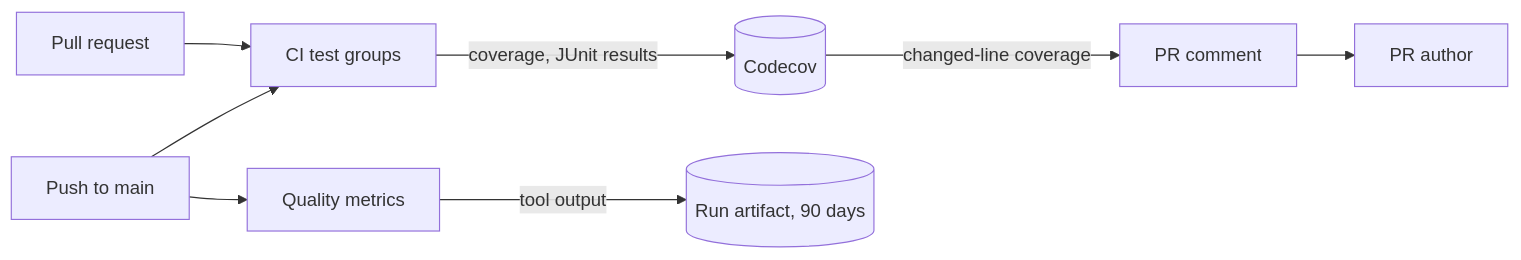
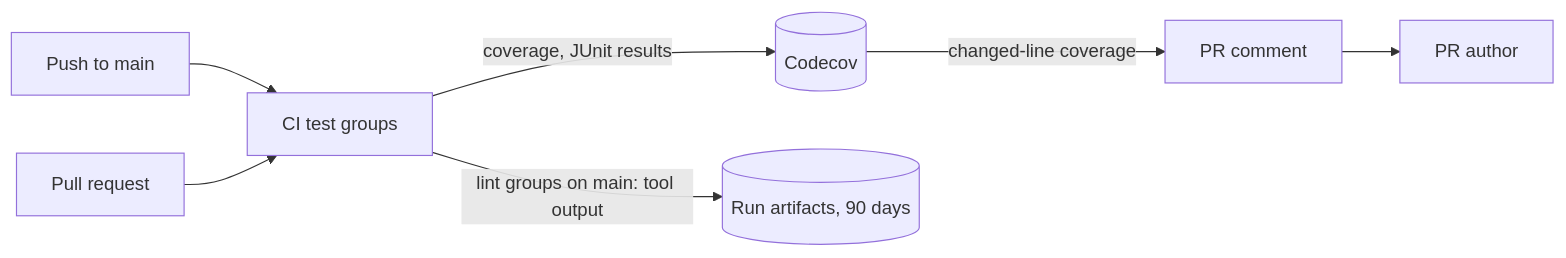
Before and after one commit to syudead/vv: the diagram in docs/design-docs/test-quality-monitoring.md, drawn with Mermaid. The commit also changed other lines of this file and 6 other files, not shown here.

First line of the commit message:
ci: 品質の計測を CI の lint の組に統合し、Quality metrics のワークフローを消す

````diff
--- a/docs/design-docs/test-quality-monitoring.md
+++ b/docs/design-docs/test-quality-monitoring.md
@@ -11,10 +11,9 @@
 ```mermaid
 flowchart LR
   push[Push to main] --> ci[CI test groups]
-  push --> qm[Quality metrics]
   pr[Pull request] --> ci
   ci -->|coverage, JUnit results| codecov[(Codecov)]
-  qm -->|tool output| art[(Run artifact, 90 days)]
+  ci -->|lint groups on main: tool output| art[(Run artifacts, 90 days)]
   codecov -->|changed-line coverage| prc[PR comment]
   prc --> author[PR author]
 ```
````
